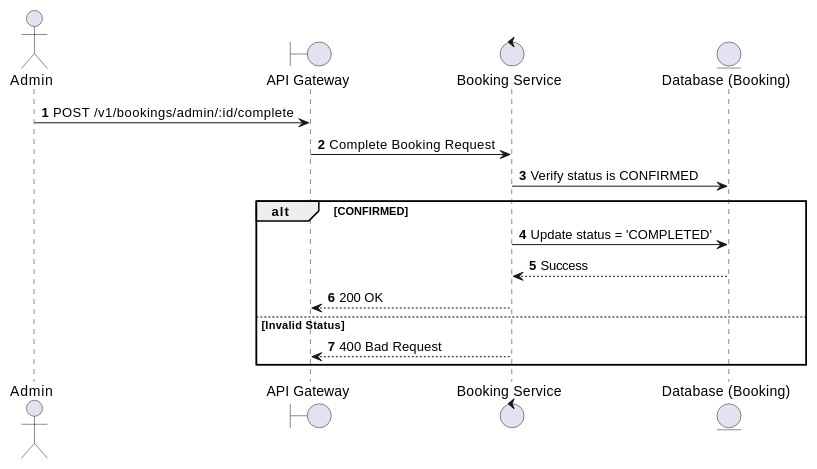
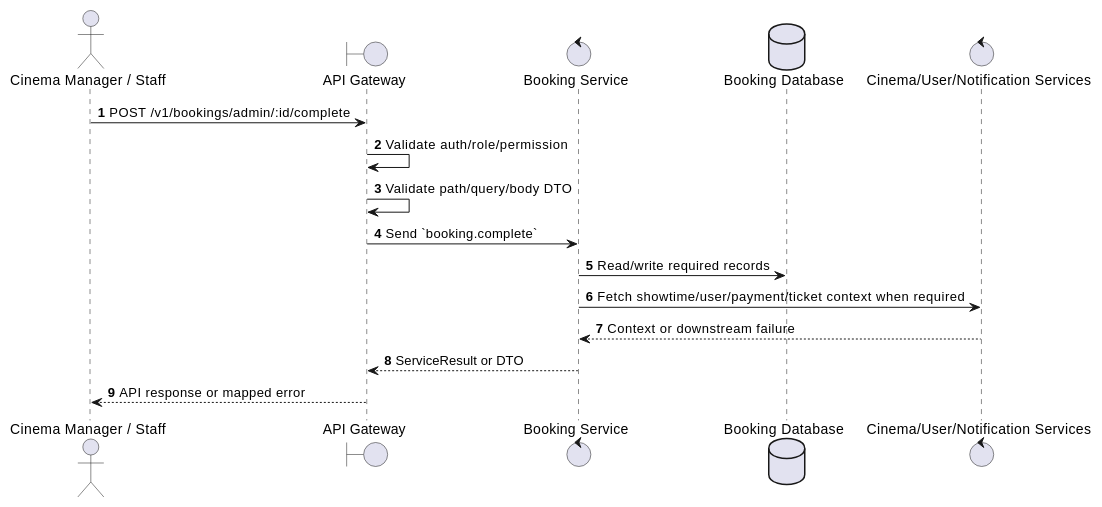
The first of 2 diagrams in docs/functional_specs/3.5.2_Admin_Booking_Operations/BK-A06_Complete_Booking.md (Tanh1603/movie-hub-architecture), drawn with PlantUML before and after one commit. The commit also changed other lines of this file and 126 other files, not shown here.

````diff
--- a/docs/functional_specs/3.5.2_Admin_Booking_Operations/BK-A06_Complete_Booking.md
+++ b/docs/functional_specs/3.5.2_Admin_Booking_Operations/BK-A06_Complete_Booking.md
@@ -17,20 +17,20 @@
 ```plantuml
 @startuml
 autonumber
-actor Admin
+actor "Cinema Manager / Staff" as Actor
 boundary "API Gateway" as GW
-control "Booking Service" as BS
-entity "Database (Booking)" as DB
+control "Booking Service" as SVC
+database "Booking Database" as DB
+control "Cinema/User/Notification Services" as EXT
 
-Admin -> GW: POST /v1/bookings/admin/:id/complete
-GW -> BS: Complete Booking Request
-BS -> DB: Verify status is CONFIRMED
-alt CONFIRMED
-    BS -> DB: Update status = 'COMPLETED'
-    DB --> BS: Success
-    BS --> GW: 200 OK
-else Invalid Status
-    BS --> GW: 400 Bad Request
-end
+Actor -> GW: POST /v1/bookings/admin/:id/complete
+GW -> GW: Validate auth/role/permission
+GW -> GW: Validate path/query/body DTO
+GW -> SVC: Send `booking.complete`
+SVC -> DB: Read/write required records
+SVC -> EXT: Fetch showtime/user/payment/ticket context when required
+EXT --> SVC: Context or downstream failure
+SVC --> GW: ServiceResult or DTO
+GW --> Actor: API response or mapped error
 @enduml
 ```
````
